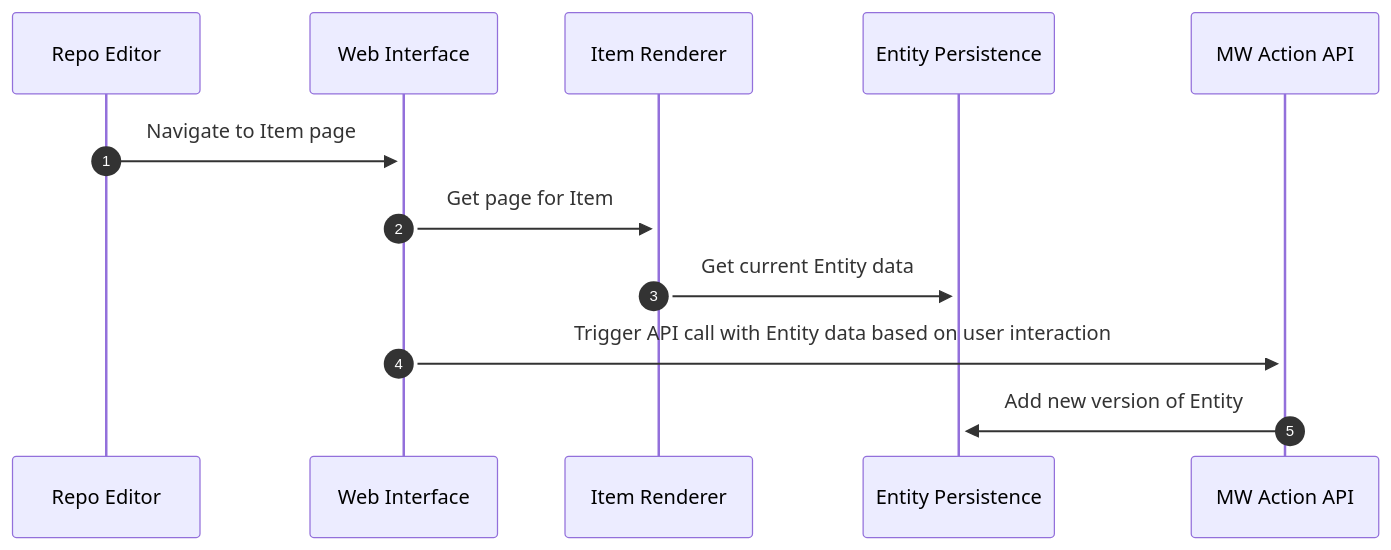
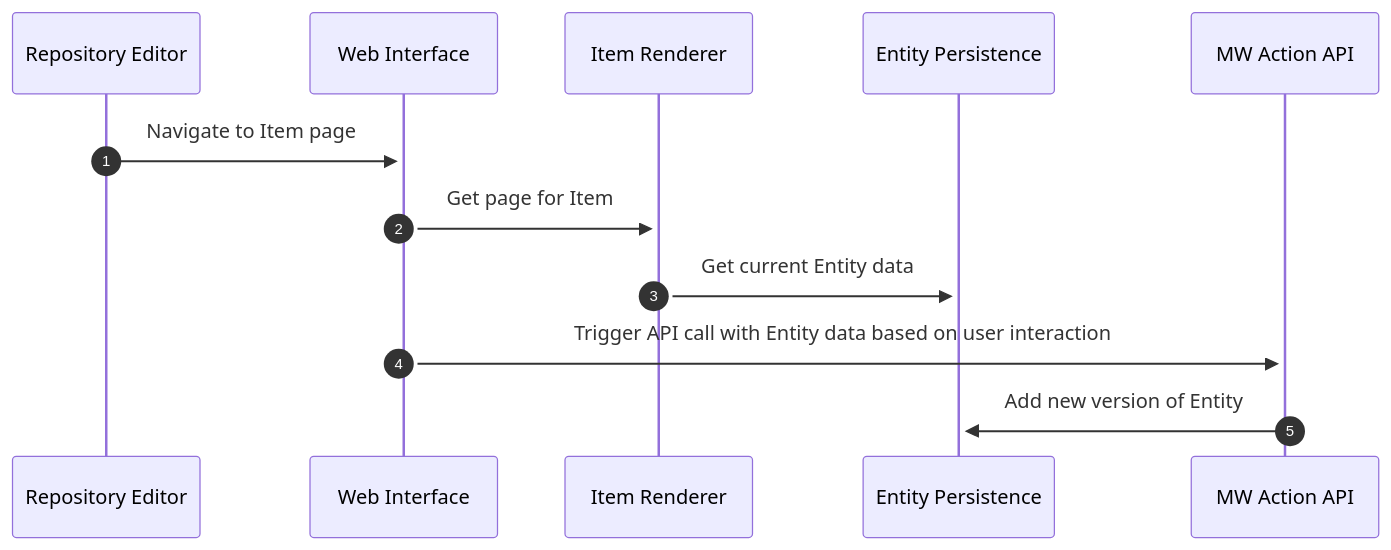
The diagram in systems/WikibaseRepo/06-Runtime_View.md (wmde/wikidata-wikibase-architecture), drawn with Mermaid before and after one commit. The commit also changed other lines of this file and 16 other files, not shown here.

Commit message:
General cleanup, especially around Repo / Repository

````diff
--- a/systems/WikibaseRepo/06-Runtime_View.md
+++ b/systems/WikibaseRepo/06-Runtime_View.md
@@ -7,11 +7,11 @@
 ```mermaid
 sequenceDiagram
     autonumber
-    participant Repo Editor
+    participant Repository Editor
     participant Web Interface
-    Repo Editor->>+Web Interface: Navigate to Item page
+    Repository Editor->>+Web Interface: Navigate to Item page
     Web Interface->>+Item Renderer: Get page for Item
     Item Renderer->>+Entity Persistence: Get current Entity data
     Web Interface->>+MW Action API: Trigger API call with Entity data based on user interaction
     MW Action API->>+Entity Persistence: Add new version of Entity
 ```
````
